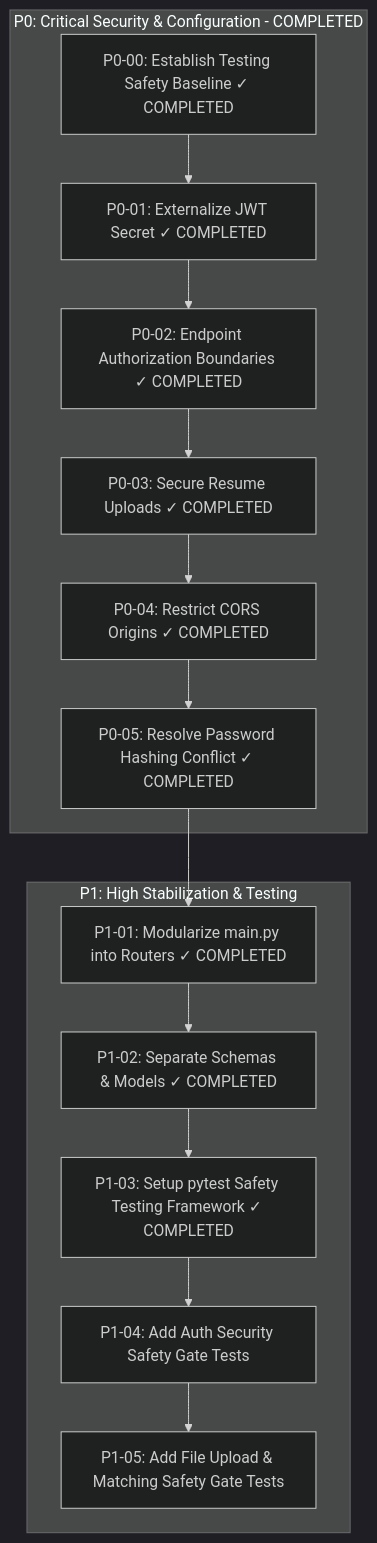
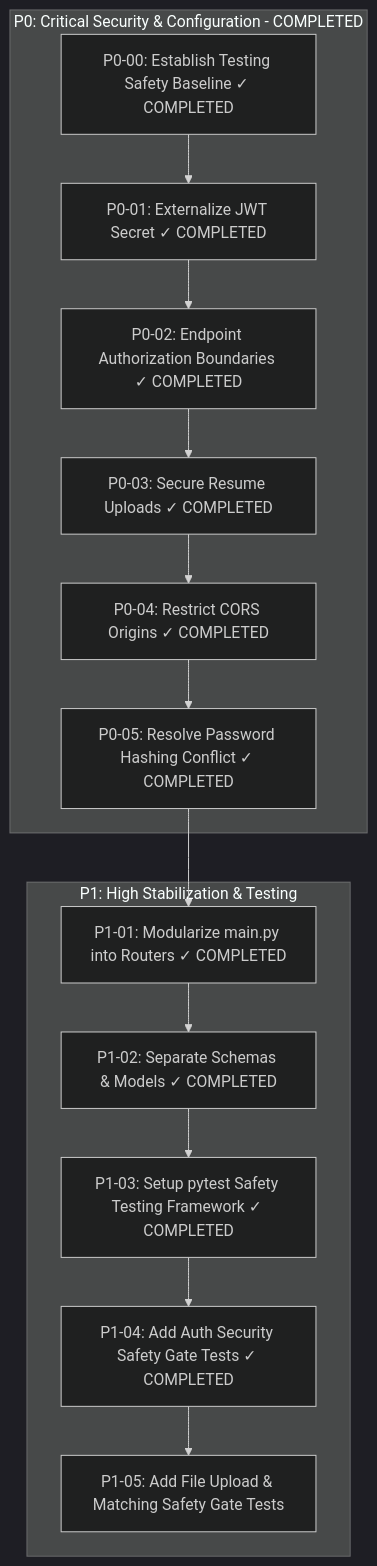
The diagram in docs/ROADMAP.md (AlvinMutie/Job-seer), drawn with Mermaid (dark theme) before and after one commit. The commit also changed other lines of this file and 10 other files, not shown here.

Commit message:
test: implement security safety gate tests for JWT authentication and endpoint authorization

````diff
--- a/docs/ROADMAP.md
+++ b/docs/ROADMAP.md
@@ -9,21 +9,21 @@
 ```mermaid
 flowchart TD
     subgraph P0 [P0: Critical Security & Configuration - COMPLETED]
         P0-00[P0-00: Establish Testing Safety Baseline ✓ COMPLETED]
         P0-01[P0-01: Externalize JWT Secret ✓ COMPLETED]
         P0-02[P0-02: Endpoint Authorization Boundaries ✓ COMPLETED]
         P0-03[P0-03: Secure Resume Uploads ✓ COMPLETED]
         P0-04[P0-04: Restrict CORS Origins ✓ COMPLETED]
         P0-05[P0-05: Resolve Password Hashing Conflict ✓ COMPLETED]
     end
 
     subgraph P1 [P1: High Stabilization & Testing]
         P1-01[P1-01: Modularize main.py into Routers ✓ COMPLETED]
         P1-02[P1-02: Separate Schemas & Models ✓ COMPLETED]
         P1-03[P1-03: Setup pytest Safety Testing Framework ✓ COMPLETED]
-        P1-04[P1-04: Add Auth Security Safety Gate Tests]
+        P1-04[P1-04: Add Auth Security Safety Gate Tests ✓ COMPLETED]
         P1-05[P1-05: Add File Upload & Matching Safety Gate Tests]
     end
 
     P0-00 --> P0-01 --> P0-02 --> P0-03 --> P0-04 --> P0-05 --> P1-01 --> P1-02 --> P1-03 --> P1-04 --> P1-05
 ```
````
